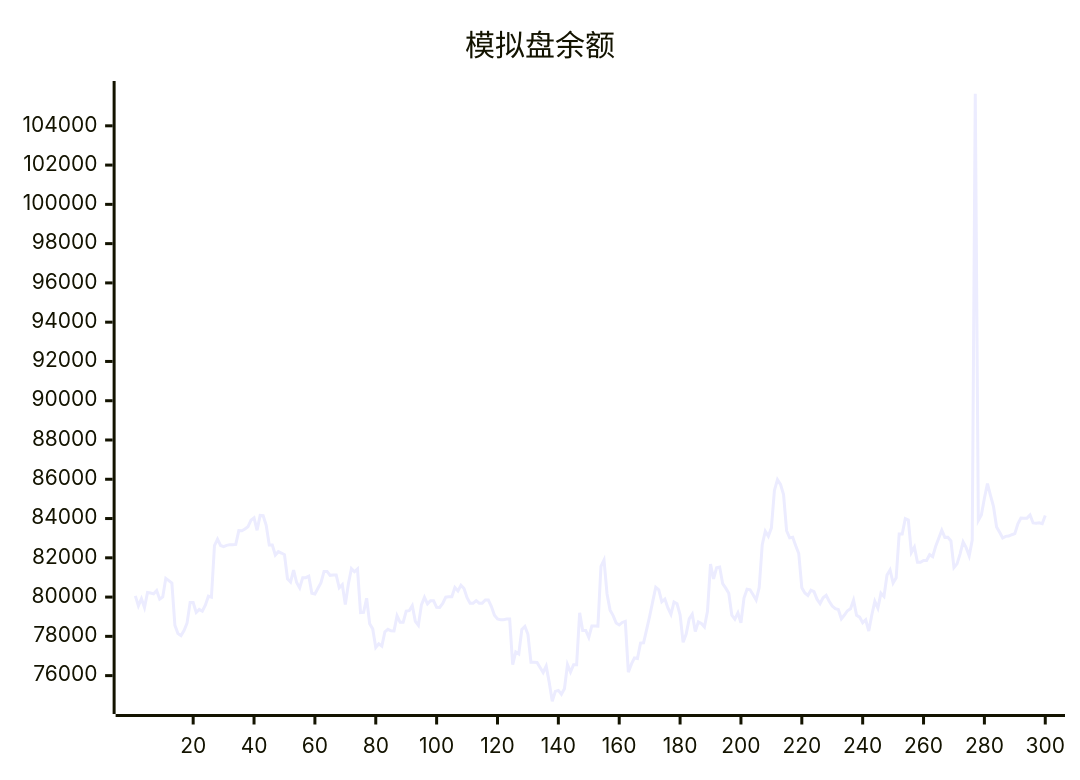
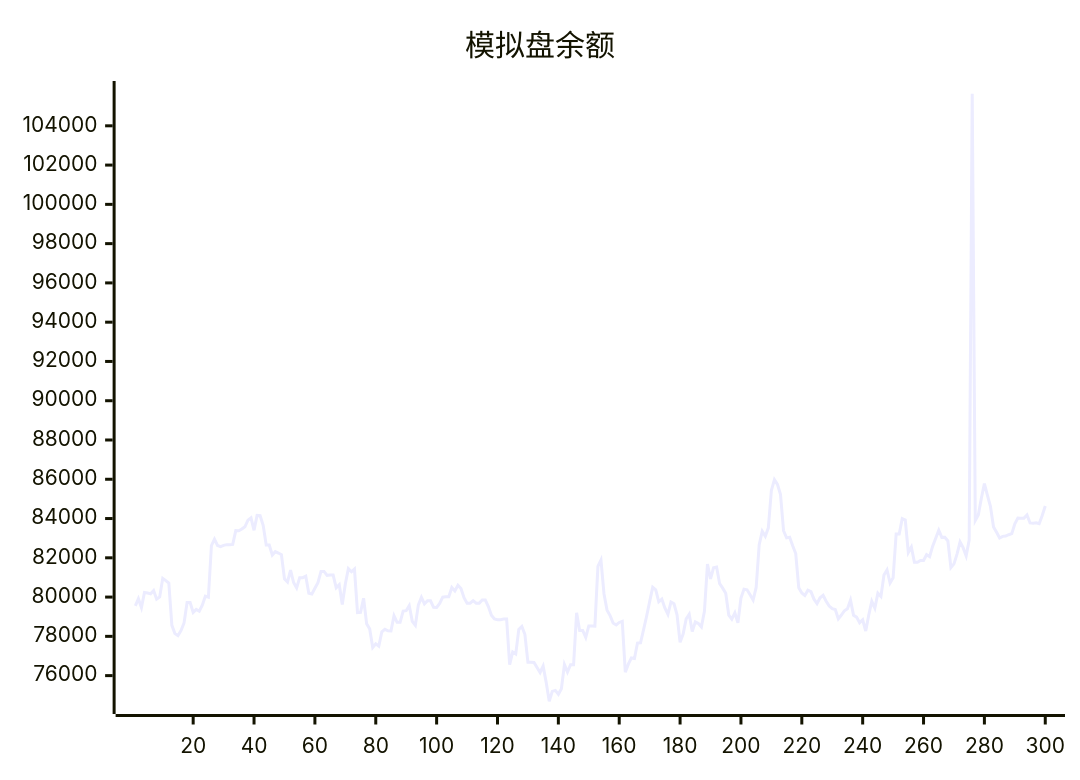
Before and after one commit to aahl/ai-trading: the diagram in README.md, drawn with Mermaid. The commit also changed other lines of this file and 1 other file, not shown here.

````diff
--- a/README.md
+++ b/README.md
@@ -5,5 +5,5 @@
 ```mermaid
 xychart
     title "模拟盘余额"
-    line [80060,79552,79920,79470,80236,80208,80170,80336,79894,80006,80954,80837,80712,78561,78139,78037,78293,78682,79720,79720,79214,79372,79279,79591,80046,79993,82625,82950,82626,82571,82633,82670,82670,82681,83386,83378,83464,83579,83920,84037,83402,84160,84142,83652,82655,82655,82145,82315,82243,82163,80934,80770,81371,80742,80468,80989,80989,81067,80191,80155,80450,80737,81309,81309,81106,81119,81119,80471,80631,79624,80670,81448,81290,81429,79212,79222,79940,78643,78380,77432,77623,77504,78235,78358,78284,78277,79048,78714,78714,79290,79308,79567,78763,78563,79603,79988,79652,79813,79813,79476,79469,79673,79995,80015,80015,80486,80314,80600,80436,79966,79689,79689,79819,79692,79692,79850,79850,79518,79071,78889,78850,78850,78878,78878,76554,77202,77103,78357,78510,78106,76678,76677,76672,76411,76159,76485,75656,74695,75197,75246,75052,75334,76564,76179,76553,76551,79196,78300,78300,77944,78531,78531,78521,81564,81884,80160,79335,79055,78675,78580,78708,78764,76179,76586,76902,76876,77658,77669,78346,79023,79769,80497,80366,79761,79896,79448,79126,79749,79658,79097,77695,78114,78888,79126,78249,78738,78653,78478,79271,81680,80923,81488,81527,80681,80455,80190,79084,78879,79193,78686,79954,80403,80374,80118,79848,80491,82665,83351,83098,83525,85430,85983,85737,85221,83378,83014,83043,82613,82216,80477,80208,80081,80348,80277,79894,79670,79965,80093,79786,79542,79406,79371,78893,79087,79304,79406,79841,79072,78978,78696,78846,78272,79085,79787,79442,80198,80031,81120,81379,80718,80985,83214,83212,83993,83921,82270,82547,81776,81776,81866,81866,82158,82061,82596,83000,83408,83041,83050,82858,81503,81691,82188,82812,82517,82092,82901,105633,83898,84180,85030,85781,85178,84604,83569,83298,83008,83093,83107,83175,83228,83729,84025,84017,84019,84177,83775,83762,83785,83738,84160]
+    line [79552,79920,79470,80236,80208,80170,80336,79894,80006,80954,80837,80712,78561,78139,78037,78293,78682,79720,79720,79214,79372,79279,79591,80046,79993,82625,82950,82626,82571,82633,82670,82670,82681,83386,83378,83464,83579,83920,84037,83402,84160,84142,83652,82655,82655,82145,82315,82243,82163,80934,80770,81371,80742,80468,80989,80989,81067,80191,80155,80450,80737,81309,81309,81106,81119,81119,80471,80631,79624,80670,81448,81290,81429,79212,79222,79940,78643,78380,77432,77623,77504,78235,78358,78284,78277,79048,78714,78714,79290,79308,79567,78763,78563,79603,79988,79652,79813,79813,79476,79469,79673,79995,80015,80015,80486,80314,80600,80436,79966,79689,79689,79819,79692,79692,79850,79850,79518,79071,78889,78850,78850,78878,78878,76554,77202,77103,78357,78510,78106,76678,76677,76672,76411,76159,76485,75656,74695,75197,75246,75052,75334,76564,76179,76553,76551,79196,78300,78300,77944,78531,78531,78521,81564,81884,80160,79335,79055,78675,78580,78708,78764,76179,76586,76902,76876,77658,77669,78346,79023,79769,80497,80366,79761,79896,79448,79126,79749,79658,79097,77695,78114,78888,79126,78249,78738,78653,78478,79271,81680,80923,81488,81527,80681,80455,80190,79084,78879,79193,78686,79954,80403,80374,80118,79848,80491,82665,83351,83098,83525,85430,85983,85737,85221,83378,83014,83043,82613,82216,80477,80208,80081,80348,80277,79894,79670,79965,80093,79786,79542,79406,79371,78893,79087,79304,79406,79841,79072,78978,78696,78846,78272,79085,79787,79442,80198,80031,81120,81379,80718,80985,83214,83212,83993,83921,82270,82547,81776,81776,81866,81866,82158,82061,82596,83000,83408,83041,83050,82858,81503,81691,82188,82812,82517,82092,82901,105633,83898,84180,85030,85781,85178,84604,83569,83298,83008,83093,83107,83175,83228,83729,84025,84017,84019,84177,83775,83762,83785,83738,84160,84639]
 ```
````
